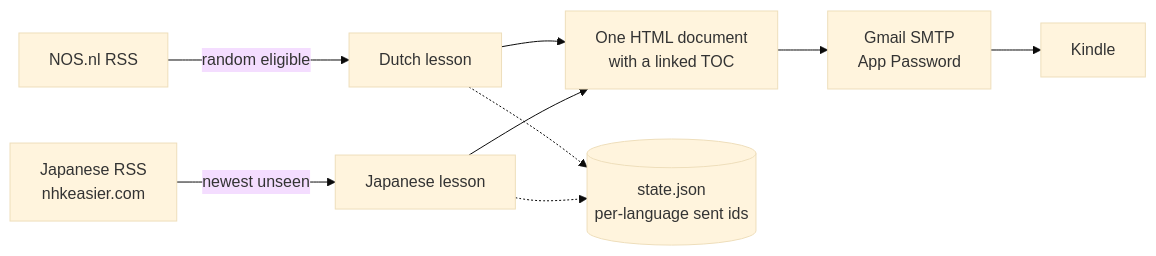
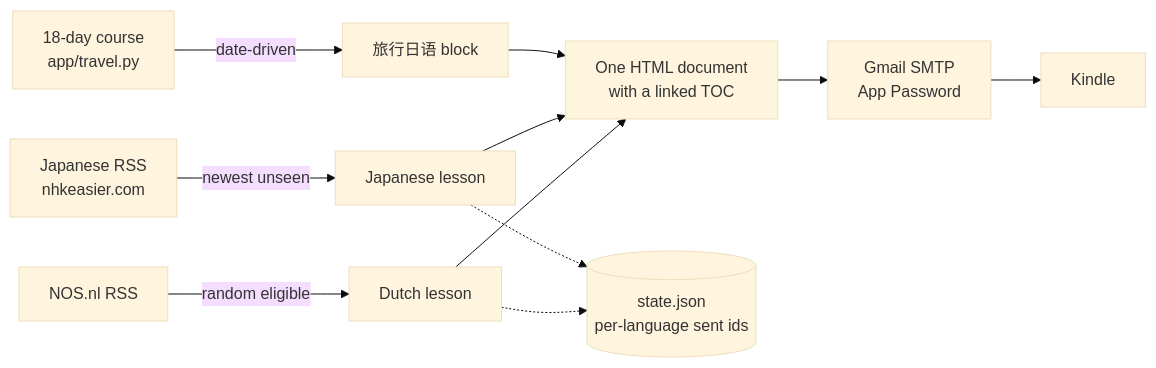
The diagram in README.md (Celqaz/dutch-daily), drawn with Mermaid (base theme) before and after one commit. The commit also changed other lines of this file and 10 other files, not shown here.

Commit message:
add travel Japanese block

````diff
--- a/README.md
+++ b/README.md
@@ -13,11 +16,13 @@
 ```mermaid
 flowchart LR
     A[NOS.nl RSS] -->|random eligible| B[Dutch lesson]
     H[Japanese RSS<br/>nhkeasier.com] -->|newest unseen| I[Japanese lesson]
+    T[18-day course<br/>app/travel.py] -->|date-driven| J[旅行日语 block]
     B --> L[One HTML document<br/>with a linked TOC]
     I --> L
+    J --> L
     L --> E[Gmail SMTP<br/>App Password]
     E --> F[Kindle]
     B -.-> G[(state.json<br/>per-language sent ids)]
     I -.-> G
 ```
````
